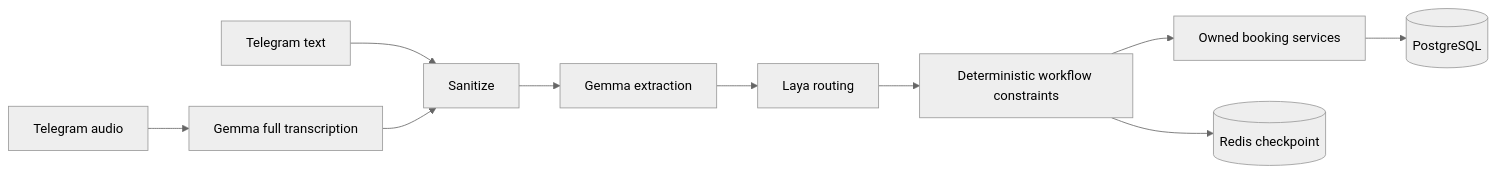
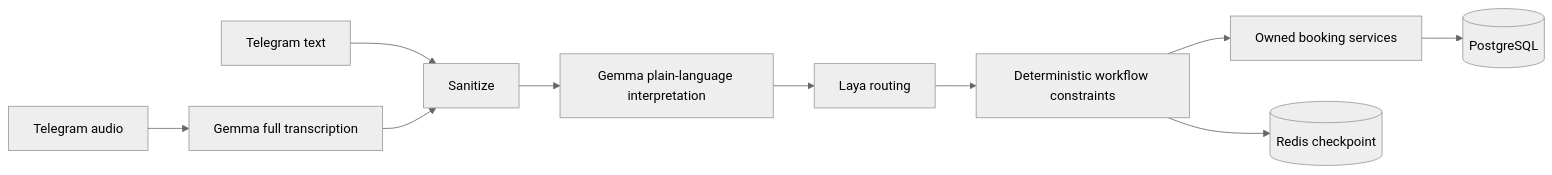
One commit to ktakanopy/capy-appointment-bot changed the diagram in README.md. Above: the diagram before and after it, drawn with Mermaid (neutral theme). The commit also changed other lines of this file and 33 other files, not shown here.

````diff
--- a/README.md
+++ b/README.md
@@ -29,12 +31,12 @@
 ```mermaid
 flowchart LR
     T[Telegram text] --> P[Sanitize]
     A[Telegram audio] --> G[Gemma full transcription]
     G --> P
-    P --> I[Gemma extraction]
+    P --> I[Gemma plain-language interpretation]
     I --> L[Laya routing]
     L --> W[Deterministic workflow constraints]
     W --> B[Owned booking services]
     B --> DB[(PostgreSQL)]
     W --> R[(Redis checkpoint)]
 ```
````
